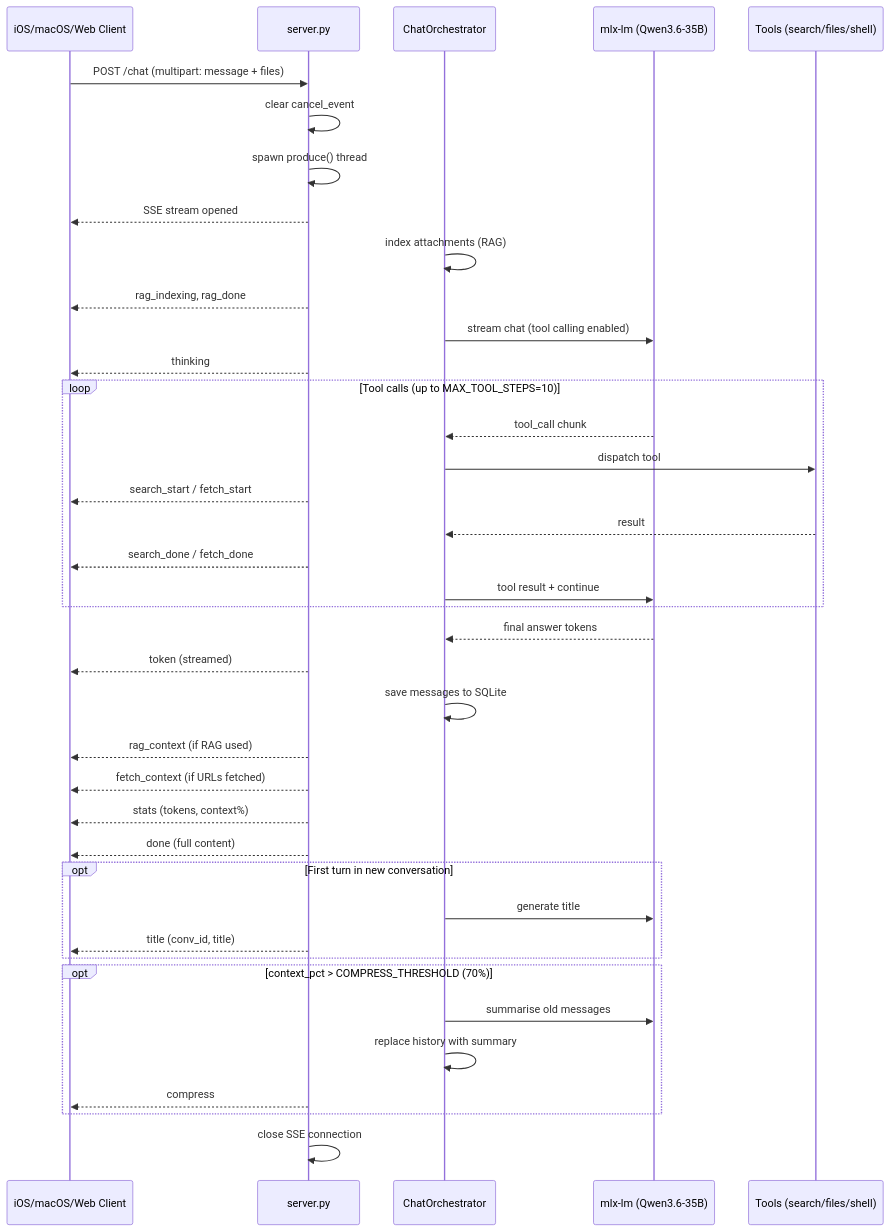
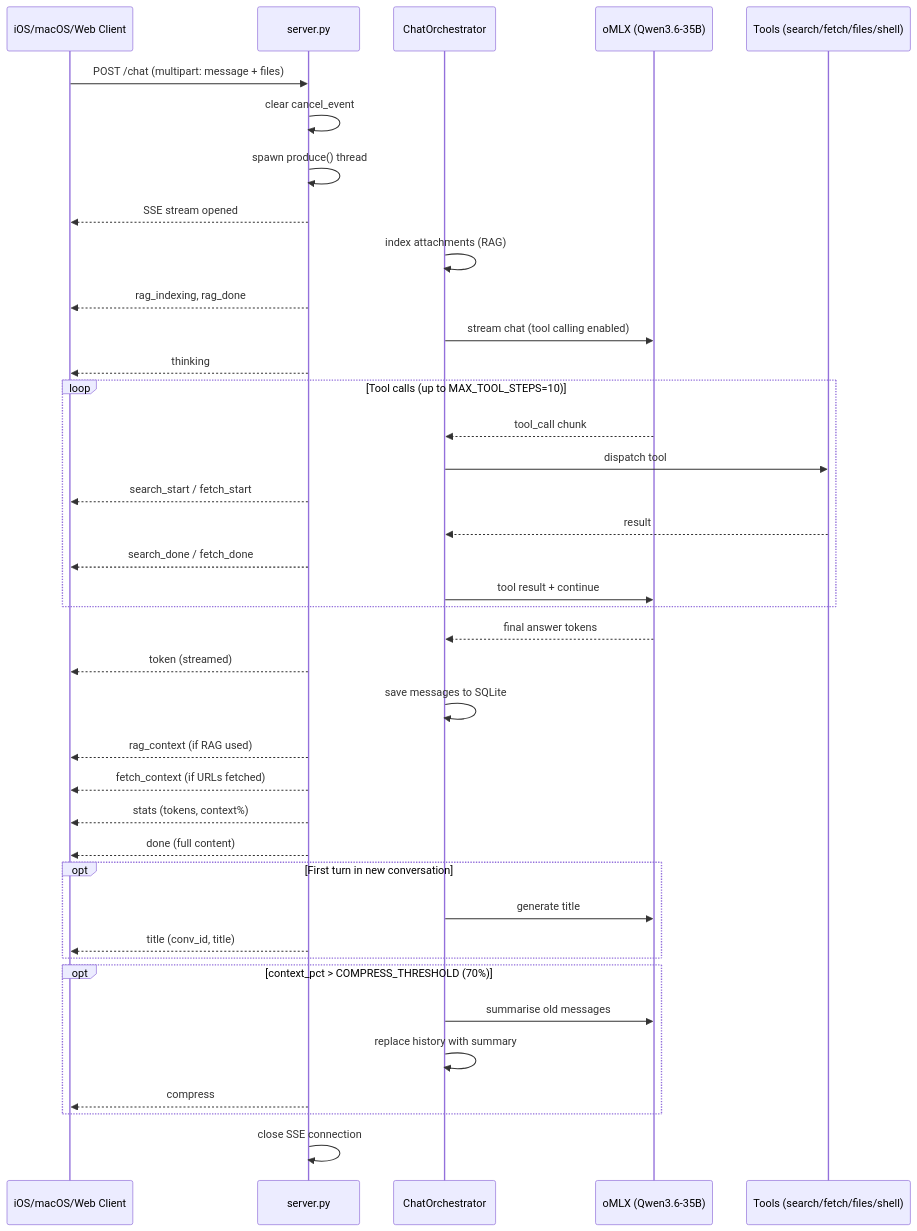
Before and after one commit to mabaeyens/mira-core: the second of 6 diagrams in docs/diagram.md, drawn with Mermaid. The commit also changed other lines of this file and 3 other files, not shown here.

````diff
--- a/docs/diagram.md
+++ b/docs/diagram.md
@@ -59,50 +62,50 @@
 ```mermaid
 sequenceDiagram
     participant Client as iOS/macOS/Web Client
     participant Server as server.py
     participant Orch as ChatOrchestrator
-    participant Ollama as mlx-lm (Qwen3.6-35B)
-    participant Tools as Tools (search/files/shell)
+    participant Ollama as oMLX (Qwen3.6-35B)
+    participant Tools as Tools (search/fetch/files/shell)
 
     Client->>Server: POST /chat (multipart: message + files)
     Server->>Server: clear cancel_event
     Server->>Server: spawn produce() thread
     Server-->>Client: SSE stream opened
 
     Orch->>Orch: index attachments (RAG)
     Server-->>Client: rag_indexing, rag_done
 
     Orch->>Ollama: stream chat (tool calling enabled)
     Server-->>Client: thinking
 
     loop Tool calls (up to MAX_TOOL_STEPS=10)
         Ollama-->>Orch: tool_call chunk
         Orch->>Tools: dispatch tool
         Server-->>Client: search_start / fetch_start
         Tools-->>Orch: result
         Server-->>Client: search_done / fetch_done
         Orch->>Ollama: tool result + continue
     end
 
     Ollama-->>Orch: final answer tokens
     Server-->>Client: token (streamed)
 
     Orch->>Orch: save messages to SQLite
     Server-->>Client: rag_context (if RAG used)
     Server-->>Client: fetch_context (if URLs fetched)
     Server-->>Client: stats (tokens, context%)
     Server-->>Client: done (full content)
 
     opt First turn in new conversation
         Orch->>Ollama: generate title
         Server-->>Client: title (conv_id, title)
     end
 
     opt context_pct > COMPRESS_THRESHOLD (70%)
         Orch->>Ollama: summarise old messages
         Orch->>Orch: replace history with summary
         Server-->>Client: compress
     end
 
     Server->>Server: close SSE connection
 ```
````
